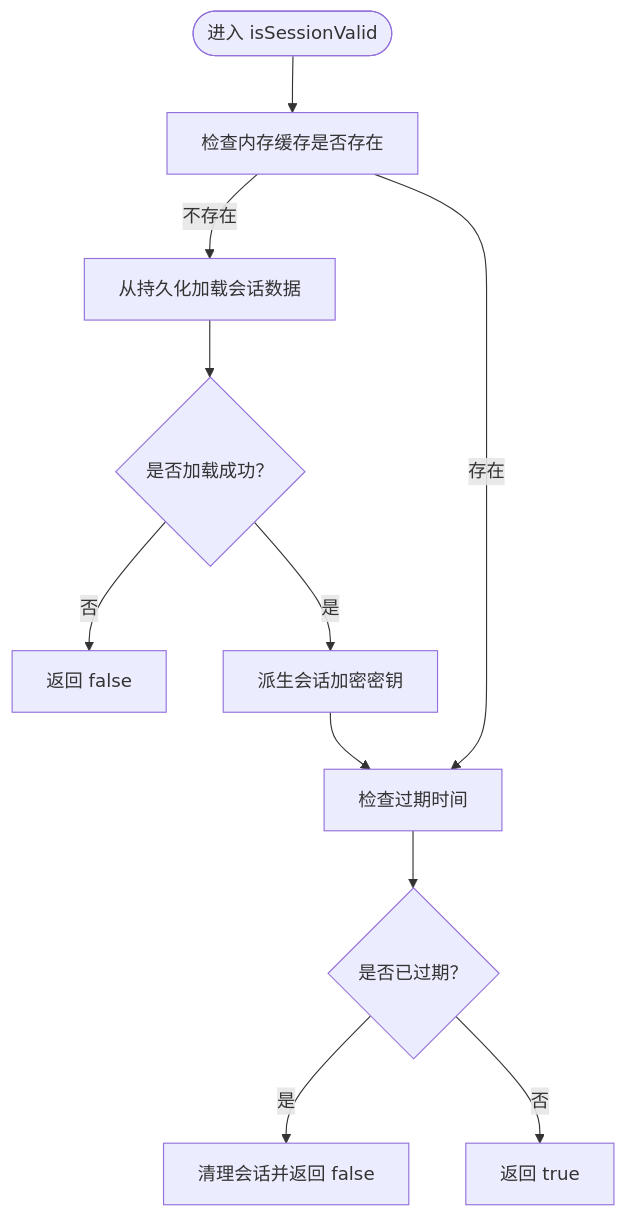
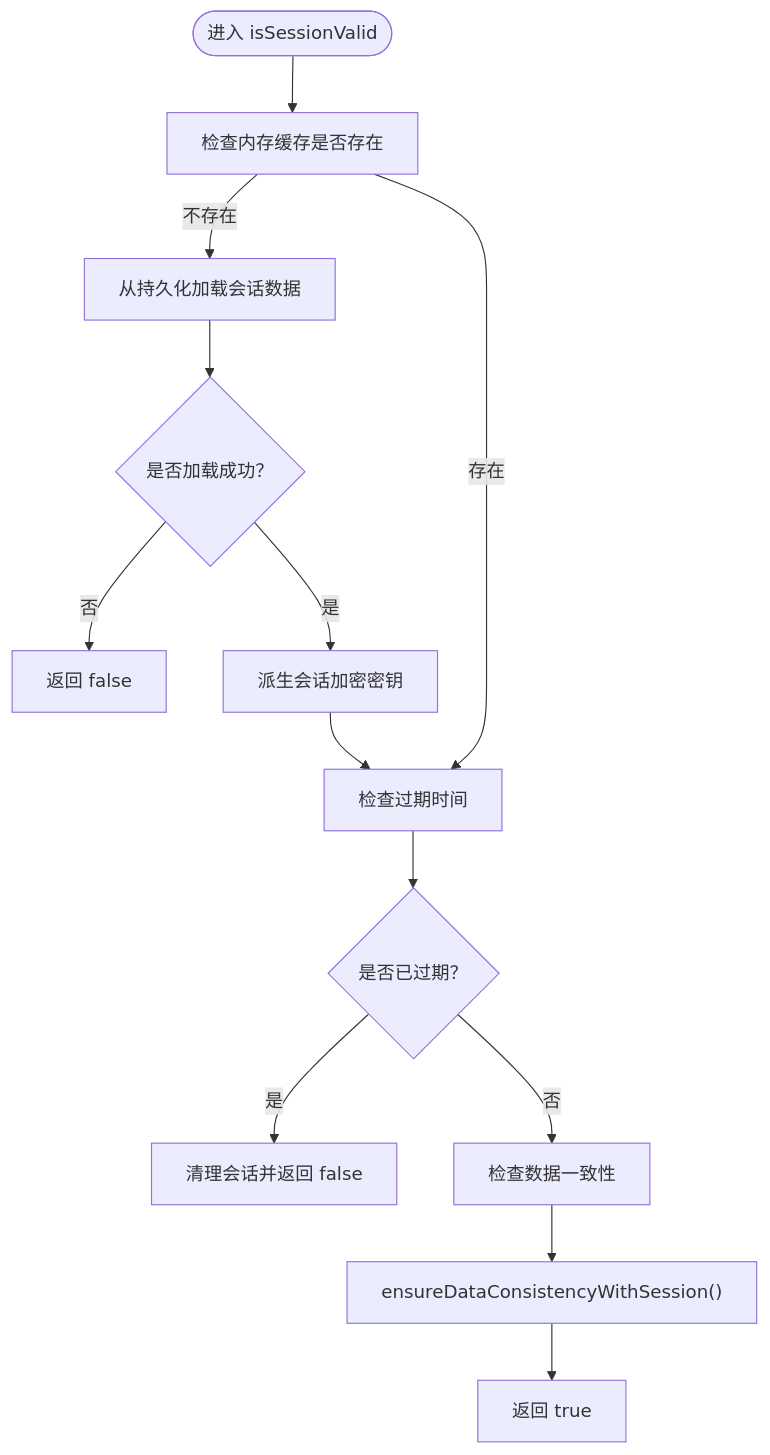
Before and after one commit to liaolongdong/account-password-helper: the fourth of 19 diagrams in .qoder/repowiki/zh/content/核心模块/会话管理.md, drawn with Mermaid. The commit also changed other lines of this file and 23 other files, not shown here.

````diff
--- a/.qoder/repowiki/zh/content/核心模块/会话管理.md
+++ b/.qoder/repowiki/zh/content/核心模块/会话管理.md
@@ -192,13 +237,15 @@
 ```mermaid
 flowchart TD
 Start(["进入 isSessionValid"]) --> CheckMem["检查内存缓存是否存在"]
 CheckMem --> |不存在| LoadFromStore["从持久化加载会话数据"]
 CheckMem --> |存在| CheckExpiry["检查过期时间"]
 LoadFromStore --> HasData{"是否加载成功？"}
 HasData --> |否| ReturnFalse["返回 false"]
 HasData --> |是| DeriveKey["派生会话加密密钥"]
 DeriveKey --> CheckExpiry
 CheckExpiry --> Expired{"是否已过期？"}
 Expired --> |是| Clear["清理会话并返回 false"]
-Expired --> |否| ReturnTrue["返回 true"]
+Expired --> |否| CheckConsistency["检查数据一致性"]
+CheckConsistency --> FixData["ensureDataConsistencyWithSession()"]
+FixData --> ReturnTrue["返回 true"]
 ```
````
